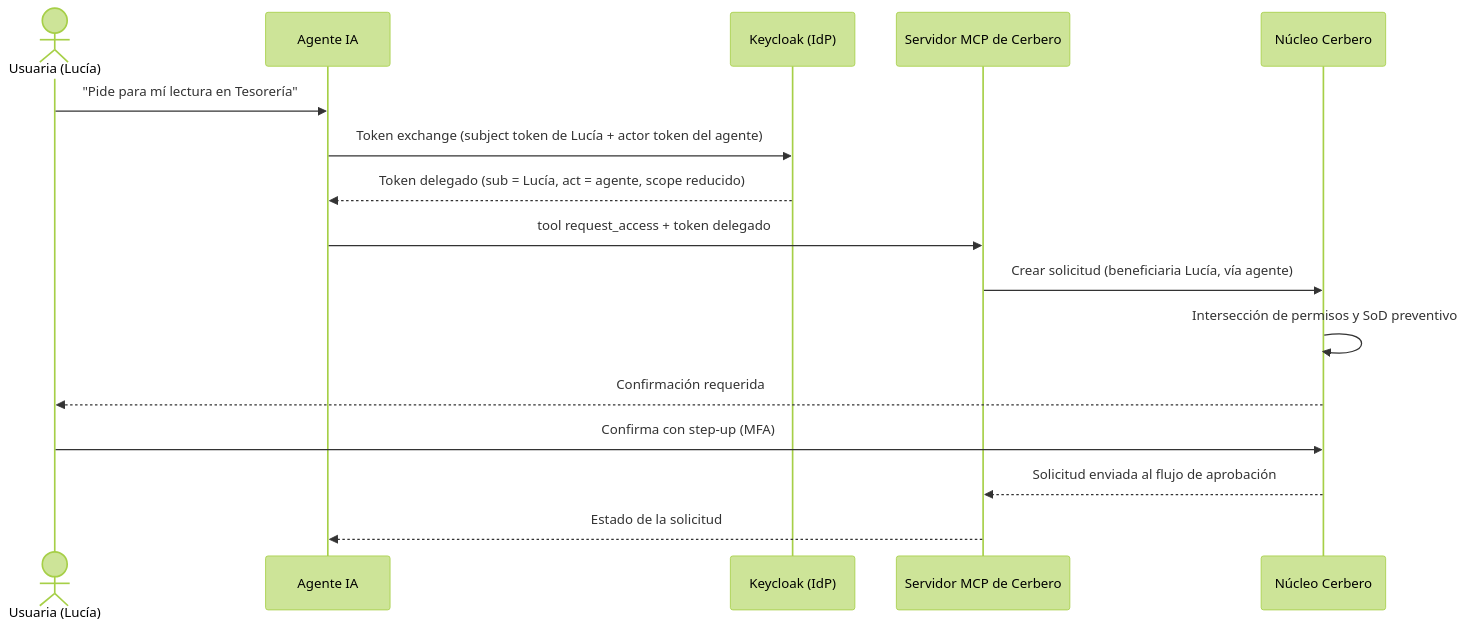
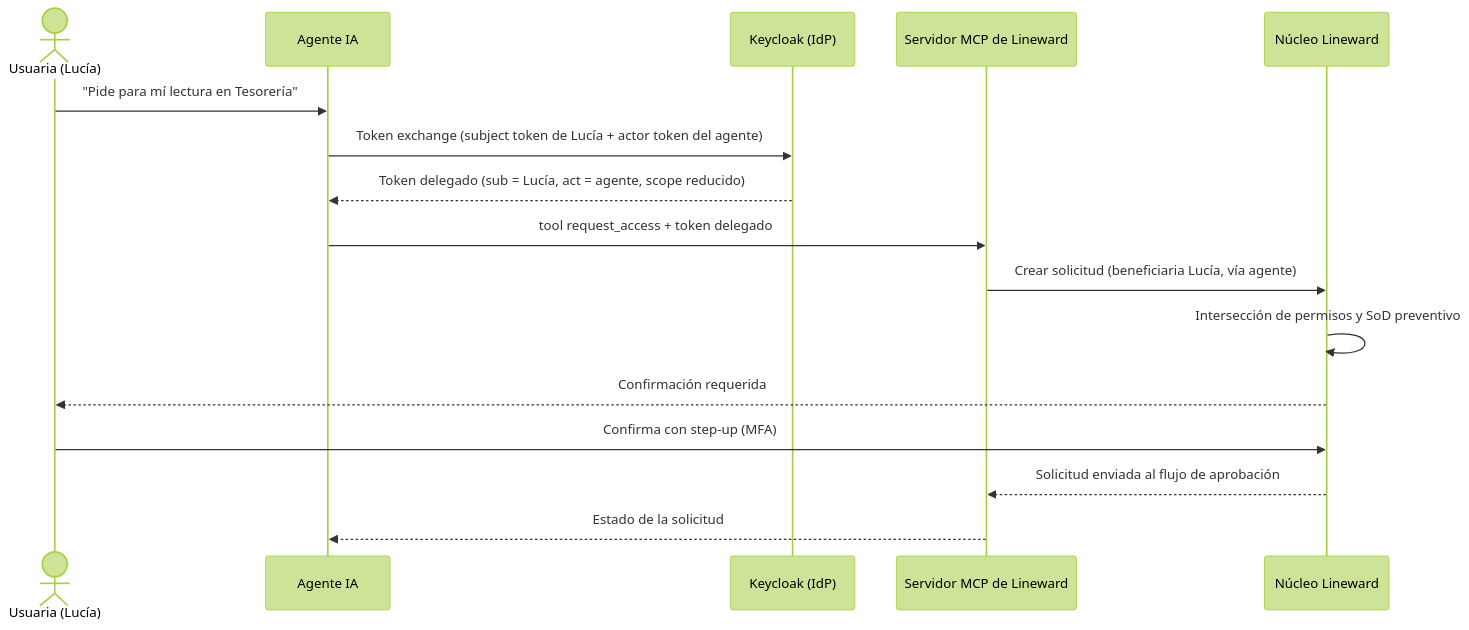
Before and after one commit to devAyyoub/Lineward: the first of 5 diagrams in docs/PROYECTO.md, drawn with Mermaid (forest theme). The commit also changed other lines of this file and 2 other files, not shown here.

First line of the commit message:
docs: rename project from Cerbero to Lineward

````diff
--- a/docs/PROYECTO.md
+++ b/docs/PROYECTO.md
@@ -671,18 +671,18 @@
 ```mermaid
 sequenceDiagram
     actor U as Usuaria (Lucía)
     participant A as Agente IA
     participant KC as Keycloak (IdP)
-    participant MCP as Servidor MCP de Cerbero
-    participant C as Núcleo Cerbero
+    participant MCP as Servidor MCP de Lineward
+    participant C as Núcleo Lineward
     U->>A: "Pide para mí lectura en Tesorería"
     A->>KC: Token exchange (subject token de Lucía + actor token del agente)
     KC-->>A: Token delegado (sub = Lucía, act = agente, scope reducido)
     A->>MCP: tool request_access + token delegado
     MCP->>C: Crear solicitud (beneficiaria Lucía, vía agente)
     C->>C: Intersección de permisos y SoD preventivo
     C-->>U: Confirmación requerida
     U->>C: Confirma con step-up (MFA)
     C-->>MCP: Solicitud enviada al flujo de aprobación
     MCP-->>A: Estado de la solicitud
 ```
````
